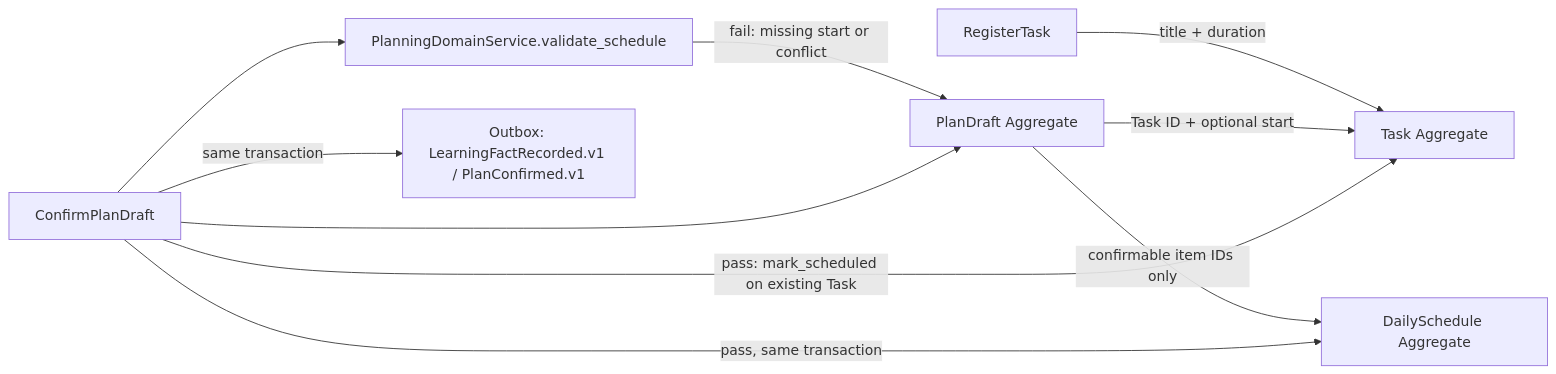
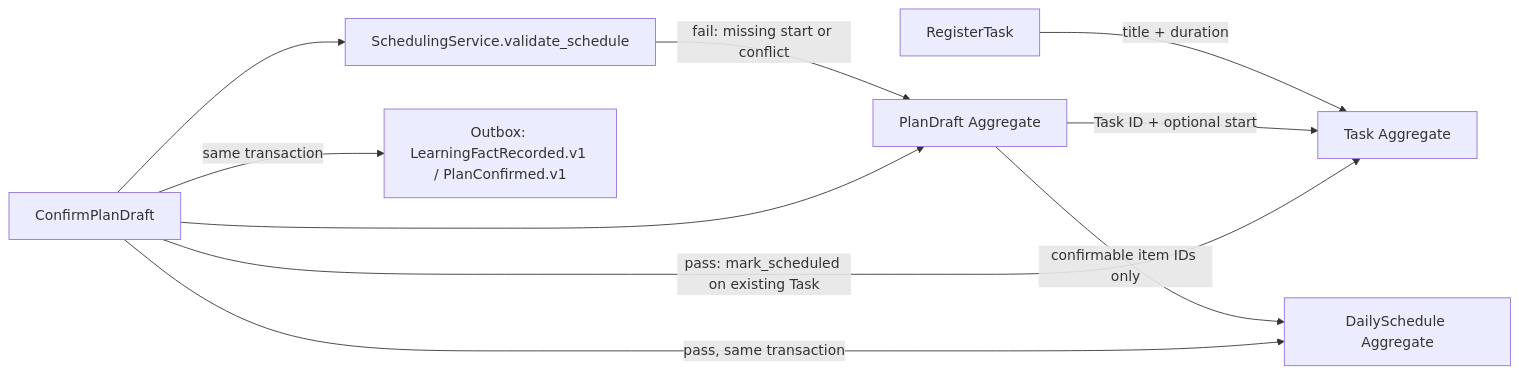
One commit to johanchow/duxue changed the second of 10 diagrams in docs/technical/domain-planning.md. Above: the diagram before and after it, drawn with Mermaid. The commit also changed other lines of this file, not shown here.

````diff
--- a/docs/technical/domain-planning.md
+++ b/docs/technical/domain-planning.md
@@ -47,12 +43,12 @@
 ```mermaid
 flowchart LR
     RT[RegisterTask] -->|title + duration| TK[Task Aggregate]
     PD[PlanDraft Aggregate] -->|Task ID + optional start| TK
     PD -->|confirmable item IDs only| DS[DailySchedule Aggregate]
-    UC[ConfirmPlanDraft] --> DSG[PlanningDomainService.validate_schedule]
+    UC[ConfirmPlanDraft] --> DSG[SchedulingService.validate_schedule]
     DSG -->|fail: missing start or conflict| PD
     UC --> PD
     UC -->|pass: mark_scheduled on existing Task| TK
     UC -->|pass, same transaction| DS
     UC -->|same transaction| OB[Outbox: LearningFactRecorded.v1 / PlanConfirmed.v1]
 ```
````
